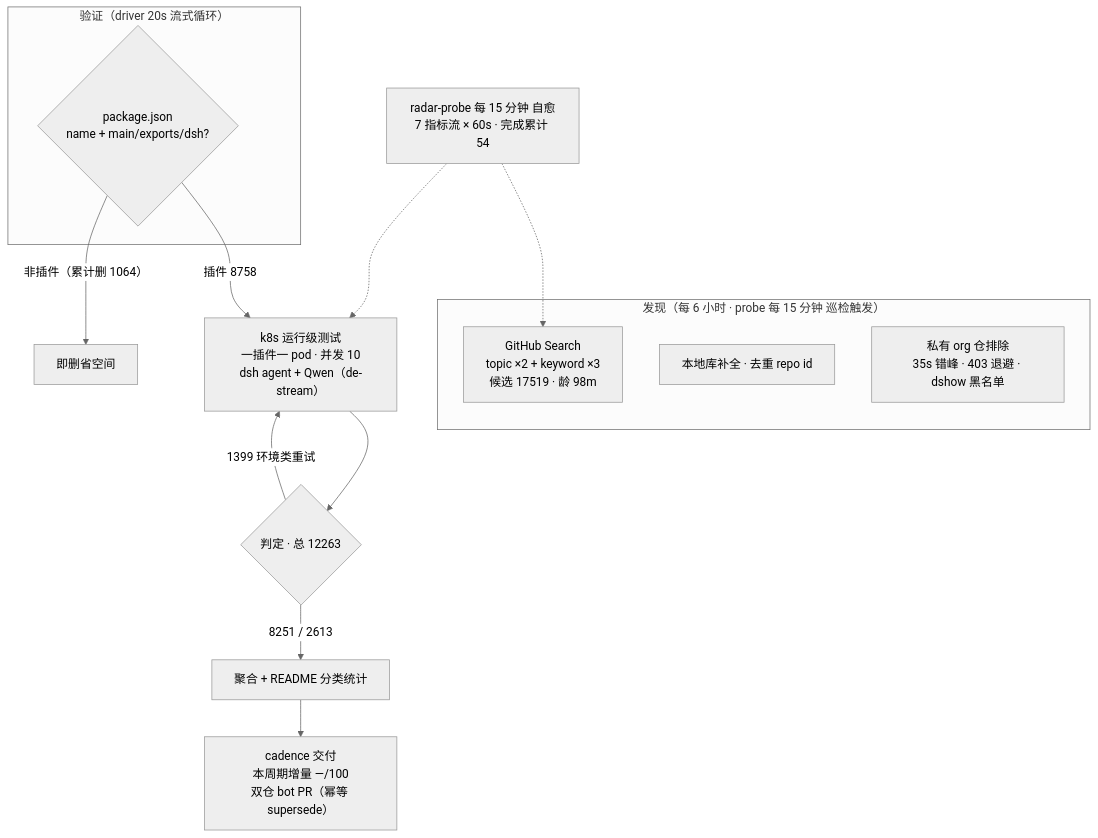
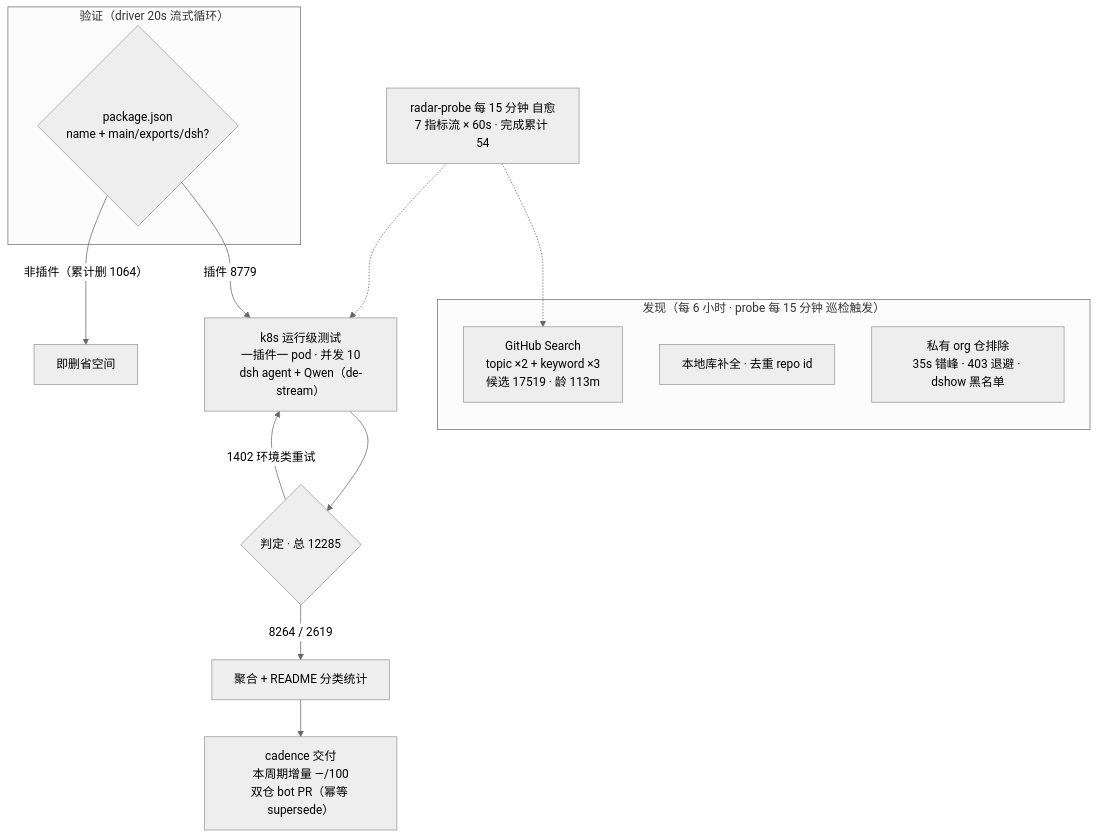
Before and after one commit to Zhidao-Lab-OSS/awesome-dsh-plugins: the diagram in README.md, drawn with Mermaid (neutral theme). The commit also changed other lines of this file and 1 other file, not shown here.

````diff
--- a/README.md
+++ b/README.md
@@ -52,20 +52,20 @@
 ```mermaid
 flowchart TB
     subgraph Discovery["发现（每 6 小时 · probe 每 15 分钟 巡检触发）"]
-        A1["GitHub Search<br/>topic ×2 + keyword ×3<br/>候选 17519 · 龄 98m"]
+        A1["GitHub Search<br/>topic ×2 + keyword ×3<br/>候选 17519 · 龄 113m"]
         A2["本地库补全 · 去重 repo id"]
         A3["私有 org 仓排除<br/>35s 错峰 · 403 退避 · dshow 黑名单"]
     end
     subgraph Validation["验证（driver 20s 流式循环）"]
         B1{"package.json<br/>name + main/exports/dsh?"}
     end
-    B1 -->|"插件 8758"| C1["k8s 运行级测试<br/>一插件一 pod · 并发 10<br/>dsh agent + Qwen（de-stream）"]
+    B1 -->|"插件 8779"| C1["k8s 运行级测试<br/>一插件一 pod · 并发 10<br/>dsh agent + Qwen（de-stream）"]
     B1 -->|"非插件（累计删 1064）"| B3["即删省空间"]
-    C1 --> D1{"判定 · 总 12263"}
-    D1 -->|"8251 / 2613"| E1["聚合 + README 分类统计"]
-    D1 -->|"1399 环境类重试"| C1
+    C1 --> D1{"判定 · 总 12285"}
+    D1 -->|"8264 / 2619"| E1["聚合 + README 分类统计"]
+    D1 -->|"1402 环境类重试"| C1
     E1 --> E2["cadence 交付<br/>本周期增量 —/100<br/>双仓 bot PR（幂等 supersede）"]
     M["radar-probe 每 15 分钟 自愈<br/>7 指标流 × 60s · 完成累计 54"]
     M -.-> A1
     M -.-> C1
 ```
````
